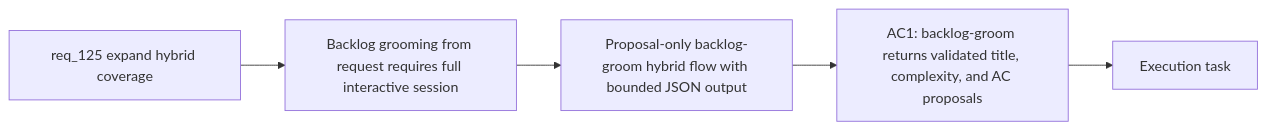
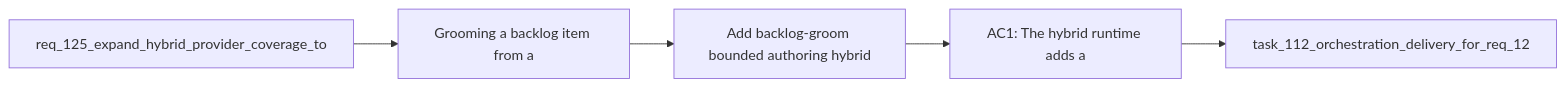
Before and after one commit to AlexAgo83/logics-manager: the diagram in logics/backlog/item_227_add_backlog_groom_bounded_authoring_hybrid_flow.md, drawn with Mermaid. The commit also changed other lines of this file and 481 other files, not shown here.

````diff
--- a/logics/backlog/item_227_add_backlog_groom_bounded_authoring_hybrid_flow.md
+++ b/logics/backlog/item_227_add_backlog_groom_bounded_authoring_hybrid_flow.md
@@ -22,9 +22,9 @@
 ```mermaid
 %% logics-kind: backlog
 %% logics-signature: backlog|add-backlog-groom-bounded-authoring-hybr|req-125-expand-hybrid-provider-coverage-|grooming-a-backlog-item-from-a|ac1-the-hybrid-runtime-adds-a
 flowchart LR
-    Request[req_125 expand hybrid coverage] --> Problem[Backlog grooming from request requires full interactive session]
-    Problem --> Scope[Proposal-only backlog-groom hybrid flow with bounded JSON output]
-    Scope --> AC1[AC1: backlog-groom returns validated title, complexity, and AC proposals]
-    AC1 --> Tasks[Execution task]
+    Request[req_125_expand_hybrid_provider_coverage_to] --> Problem[Grooming a backlog item from a]
+    Problem --> Scope[Add backlog-groom bounded authoring hybrid]
+    Scope --> Acceptance[AC1: The hybrid runtime adds a]
+    Acceptance --> Tasks[task_112_orchestration_delivery_for_req_12]
 ```
````
